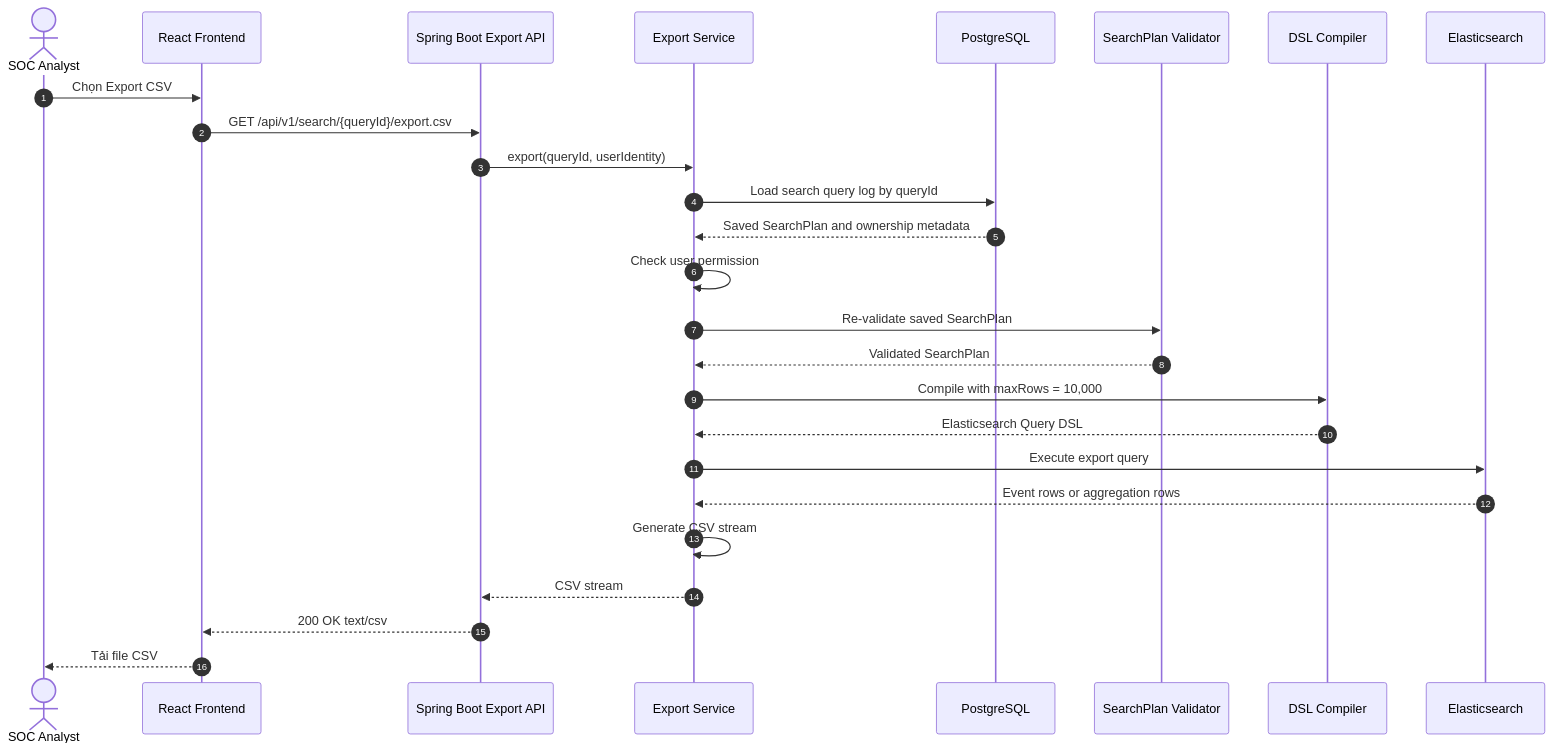
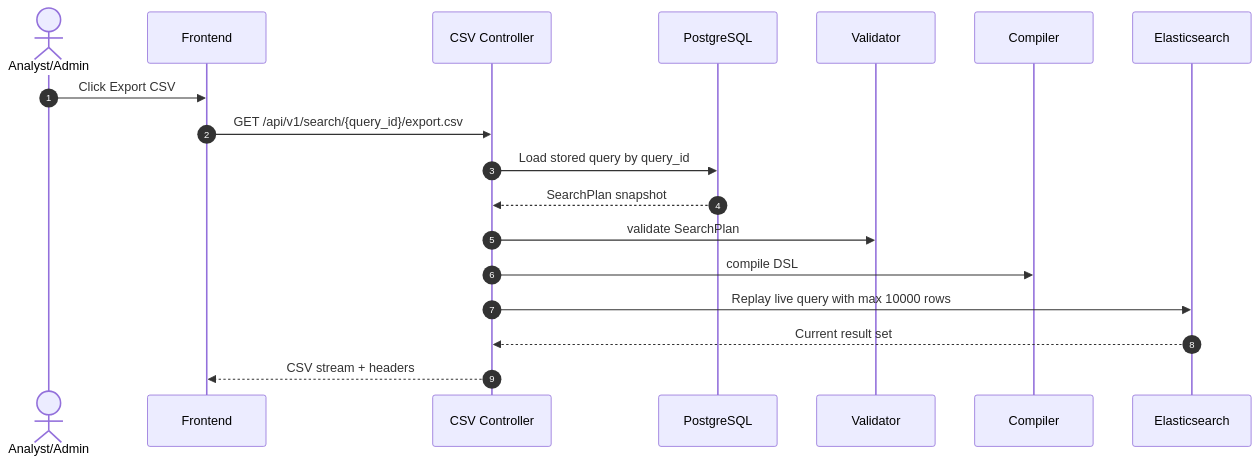
One commit to PhamVanMinhBinhThuan/soc-ai-search changed the ninth of 9 diagrams in docs/sequence-flow.md. Above: the diagram before and after it, drawn with Mermaid. The commit also changed other lines of this file and 5 other files, not shown here.

````diff
--- a/docs/sequence-flow.md
+++ b/docs/sequence-flow.md
@@ -498,29 +305,21 @@
 ```mermaid
 sequenceDiagram
     autonumber
-    actor User as SOC Analyst
-    participant FE as React Frontend
-    participant API as Spring Boot Export API
-    participant Export as Export Service
+    actor User as Analyst/Admin
+    participant FE as Frontend
+    participant API as CSV Controller
     participant PG as PostgreSQL
-    participant Guard as SearchPlan Validator
-    participant DSL as DSL Compiler
+    participant Guard as Validator
+    participant Compiler as Compiler
     participant ES as Elasticsearch
 
-    User->>FE: Chọn Export CSV
-    FE->>API: GET /api/v1/search/{queryId}/export.csv
-    API->>Export: export(queryId, userIdentity)
-    Export->>PG: Load search query log by queryId
-    PG-->>Export: Saved SearchPlan and ownership metadata
-    Export->>Export: Check user permission
-    Export->>Guard: Re-validate saved SearchPlan
-    Guard-->>Export: Validated SearchPlan
-    Export->>DSL: Compile with maxRows = 10,000
-    DSL-->>Export: Elasticsearch Query DSL
-    Export->>ES: Execute export query
-    ES-->>Export: Event rows or aggregation rows
-    Export->>Export: Generate CSV stream
-    Export-->>API: CSV stream
-    API-->>FE: 200 OK text/csv
-    FE-->>User: Tải file CSV
+    User->>FE: Click Export CSV
+    FE->>API: GET /api/v1/search/{query_id}/export.csv
+    API->>PG: Load stored query by query_id
+    PG-->>API: SearchPlan snapshot
+    API->>Guard: validate SearchPlan
+    API->>Compiler: compile DSL
+    API->>ES: Replay live query with max 10000 rows
+    ES-->>API: Current result set
+    API-->>FE: CSV stream + headers
 ```
````
